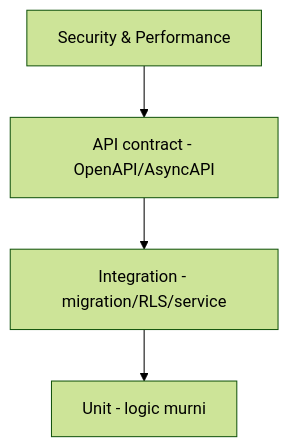
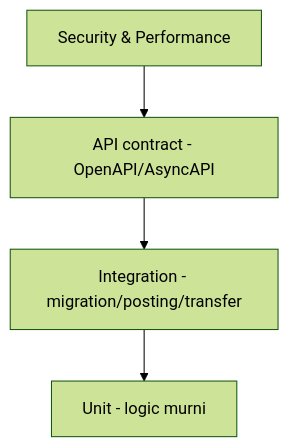
One commit to ahliweb/awcms-mini changed the diagram in .claude/skills/awcms-mini-testing/SKILL.md. Above: the diagram before and after it, drawn with Mermaid (forest theme). The commit also changed other lines of this file and 51 other files, not shown here.

````diff
--- a/.claude/skills/awcms-mini-testing/SKILL.md
+++ b/.claude/skills/awcms-mini-testing/SKILL.md
@@ -12,4 +12,4 @@
 ```mermaid
 flowchart TB
-  E[Security & Performance] --> D[API contract - OpenAPI/AsyncAPI] --> C[Integration - migration/RLS/service] --> B[Unit - logic murni]
+  E[Security & Performance] --> D[API contract - OpenAPI/AsyncAPI] --> C[Integration - migration/posting/transfer] --> B[Unit - logic murni]
 ```
````
